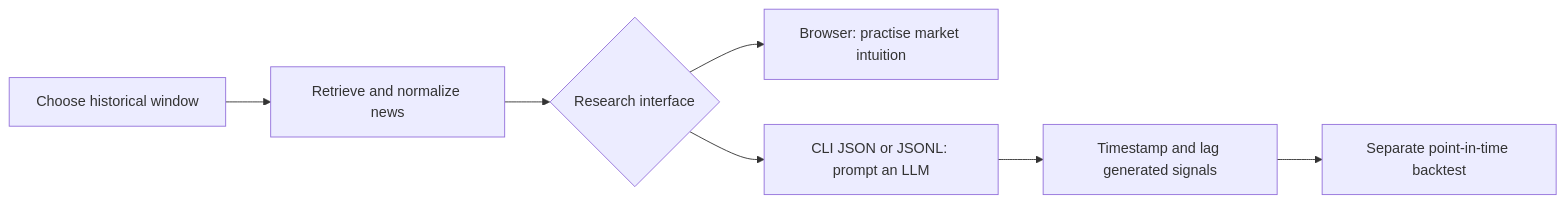
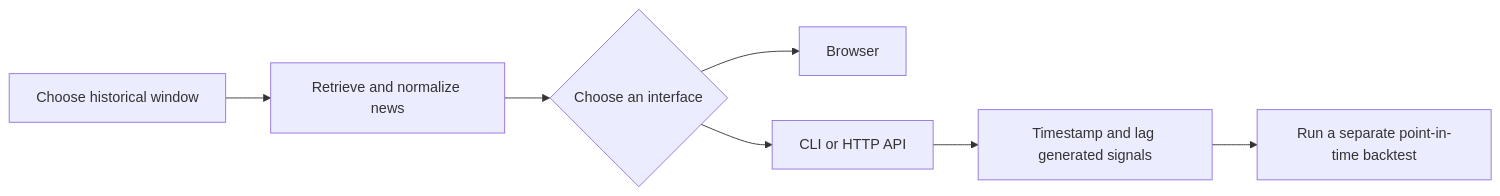
One commit to GerardWu100/news changed the diagram in README.md. Above: the diagram before and after it, drawn with Mermaid. The commit also changed other lines of this file and 5 other files, not shown here.

````diff
--- a/README.md
+++ b/README.md
@@ -35,9 +29,9 @@
 ```mermaid
 flowchart LR
     A[Choose historical window] --> B[Retrieve and normalize news]
-    B --> C{Research interface}
-    C --> D[Browser: practise market intuition]
-    C --> E[CLI JSON or JSONL: prompt an LLM]
+    B --> C{Choose an interface}
+    C --> D[Browser]
+    C --> E[CLI or HTTP API]
     E --> F[Timestamp and lag generated signals]
-    F --> G[Separate point-in-time backtest]
+    F --> G[Run a separate point-in-time backtest]
 ```
````
